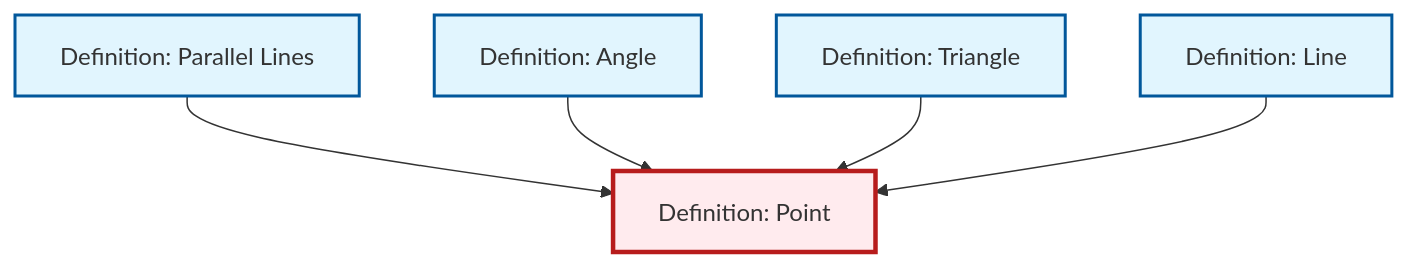
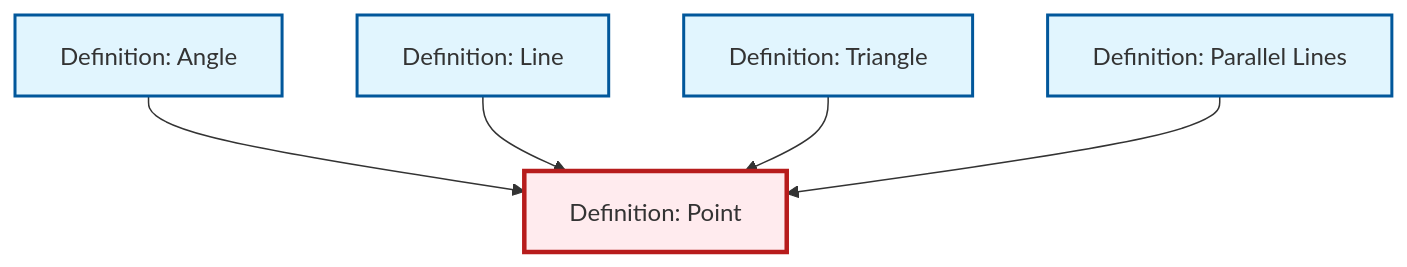
One commit to RK0429/ModernMath changed the diagram in content/en/geometry/def-point.qmd. Above: the diagram before and after it, drawn with Mermaid. The commit also changed other lines of this file and 672 other files, not shown here.

````diff
--- a/content/en/geometry/def-point.qmd
+++ b/content/en/geometry/def-point.qmd
@@ -39,23 +39,23 @@
 ```{mermaid}
 %%| fig-cap: "Local dependency graph"
 graph TD
     classDef definition fill:#e1f5fe,stroke:#01579b,stroke-width:2px
     classDef theorem fill:#f3e5f5,stroke:#4a148c,stroke-width:2px
     classDef axiom fill:#fff3e0,stroke:#e65100,stroke-width:2px
     classDef example fill:#e8f5e9,stroke:#1b5e20,stroke-width:2px
     classDef current fill:#ffebee,stroke:#b71c1c,stroke-width:3px
+    def-line["Definition: Line"]:::definition
     def-triangle["Definition: Triangle"]:::definition
+    def-parallel["Definition: Parallel Lines"]:::definition
+    def-point["Definition: Point"]:::definition
     def-angle["Definition: Angle"]:::definition
-    def-parallel["Definition: Parallel Lines"]:::definition
-    def-line["Definition: Line"]:::definition
-    def-point["Definition: Point"]:::definition
+    def-angle --> def-point
+    def-line --> def-point
+    def-triangle --> def-point
     def-parallel --> def-point
-    def-angle --> def-point
-    def-triangle --> def-point
-    def-line --> def-point
     class def-point current
+    click def-line "def-line.html" "Go to Line definition"
     click def-triangle "def-triangle.html" "Go to Triangle definition"
+    click def-parallel "def-parallel.html" "Go to Parallel Lines definition"
     click def-angle "def-angle.html" "Go to Angle definition"
-    click def-parallel "def-parallel.html" "Go to Parallel Lines definition"
-    click def-line "def-line.html" "Go to Line definition"
 ```
````
